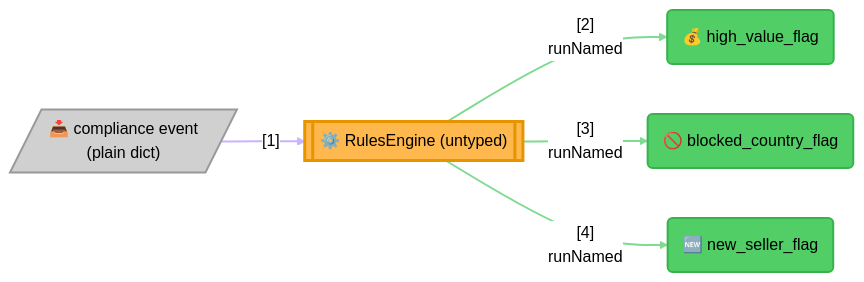
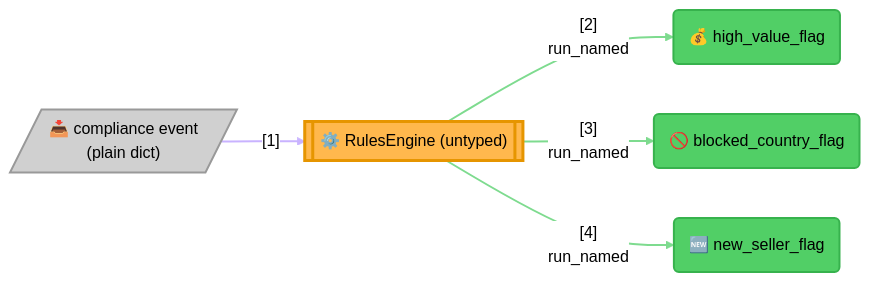
Before and after one commit to pawan-vyas/verdict-rules: the second of 2 diagrams in fixtures/marketplace_eligibility/README.md, drawn with Mermaid (neutral theme). The commit also changed other lines of this file and 38 other files, not shown here.

````diff
--- a/fixtures/marketplace_eligibility/README.md
+++ b/fixtures/marketplace_eligibility/README.md
@@ -120,31 +120,31 @@
 ```mermaid
 graph LR
     Event[/"📥 compliance event<br/>(plain dict)"/]
     Engine[["⚙️ RulesEngine (untyped)"]]
     HighValue("💰 high_value_flag")
     Blocked("🚫 blocked_country_flag")
     NewSeller("🆕 new_seller_flag")
 
     %% Link 0: Event -> Engine
     Event -->|"[1]"| Engine
     %% Link 1: Engine -> HighValue
-    Engine -->|"[2]<br/>runNamed"| HighValue
+    Engine -->|"[2]<br/>run_named"| HighValue
     %% Link 2: Engine -> Blocked
-    Engine -->|"[3]<br/>runNamed"| Blocked
+    Engine -->|"[3]<br/>run_named"| Blocked
     %% Link 3: Engine -> NewSeller
-    Engine -->|"[4]<br/>runNamed"| NewSeller
+    Engine -->|"[4]<br/>run_named"| NewSeller
 
     style Event fill:#D0D0D0,stroke:#999999,stroke-width:2px,color:#000
     style Engine fill:#FFB84D,stroke:#E69500,stroke-width:3px,color:#000
     style HighValue fill:#51CF66,stroke:#37B24D,stroke-width:2px,color:#000
     style Blocked fill:#51CF66,stroke:#37B24D,stroke-width:2px,color:#000
     style NewSeller fill:#51CF66,stroke:#37B24D,stroke-width:2px,color:#000
 
     %% Link Index:
     %% 0: one raw event feeds every registered check
     %% 1-3: each flag is looked up independently by name -- none of them compose into one verdict
     linkStyle 0 stroke:#C9B3FF,stroke-width:2px
     linkStyle 1 stroke:#7EDB8F,stroke-width:2px
     linkStyle 2 stroke:#7EDB8F,stroke-width:2px
     linkStyle 3 stroke:#7EDB8F,stroke-width:2px
 ```
````
